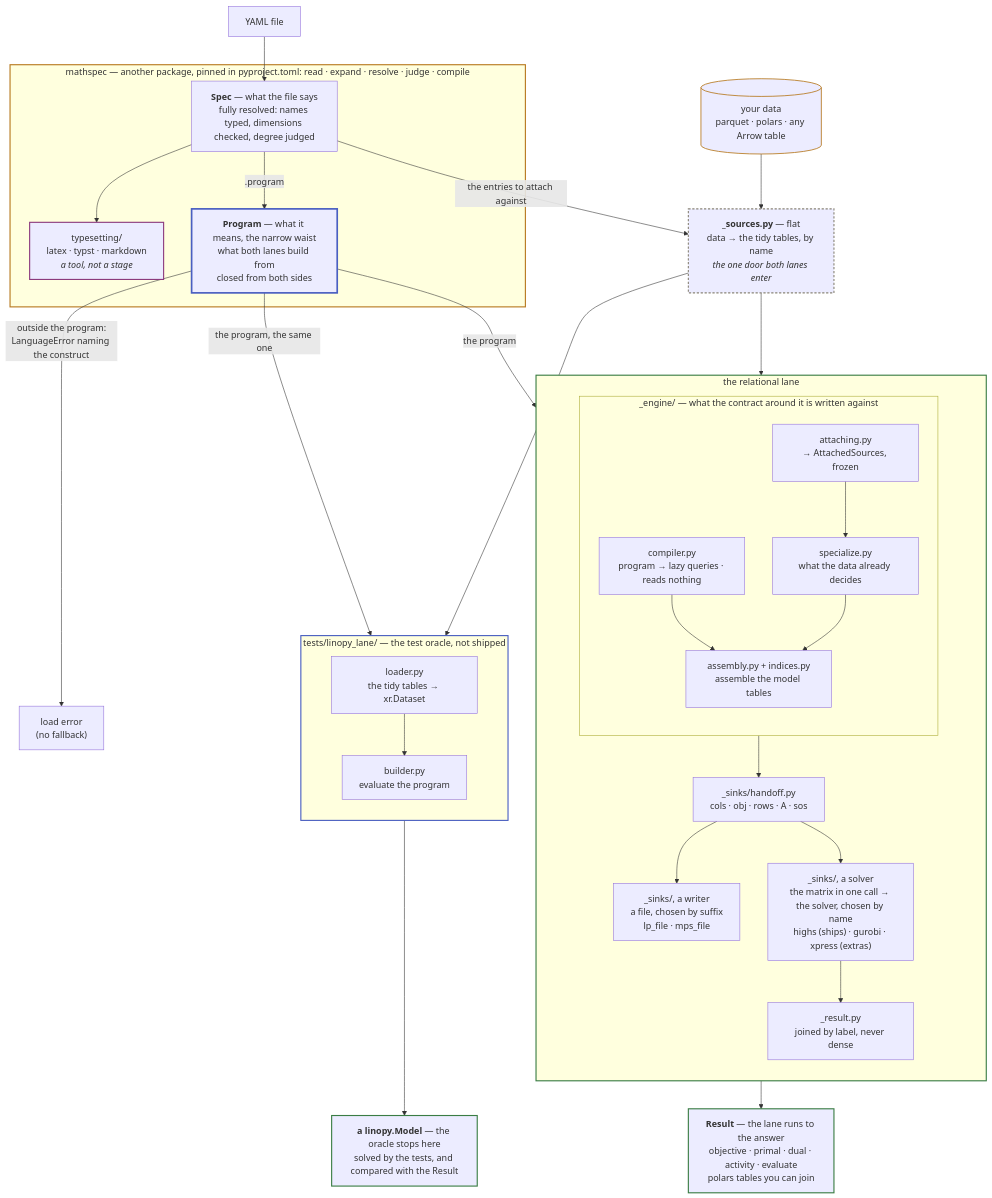
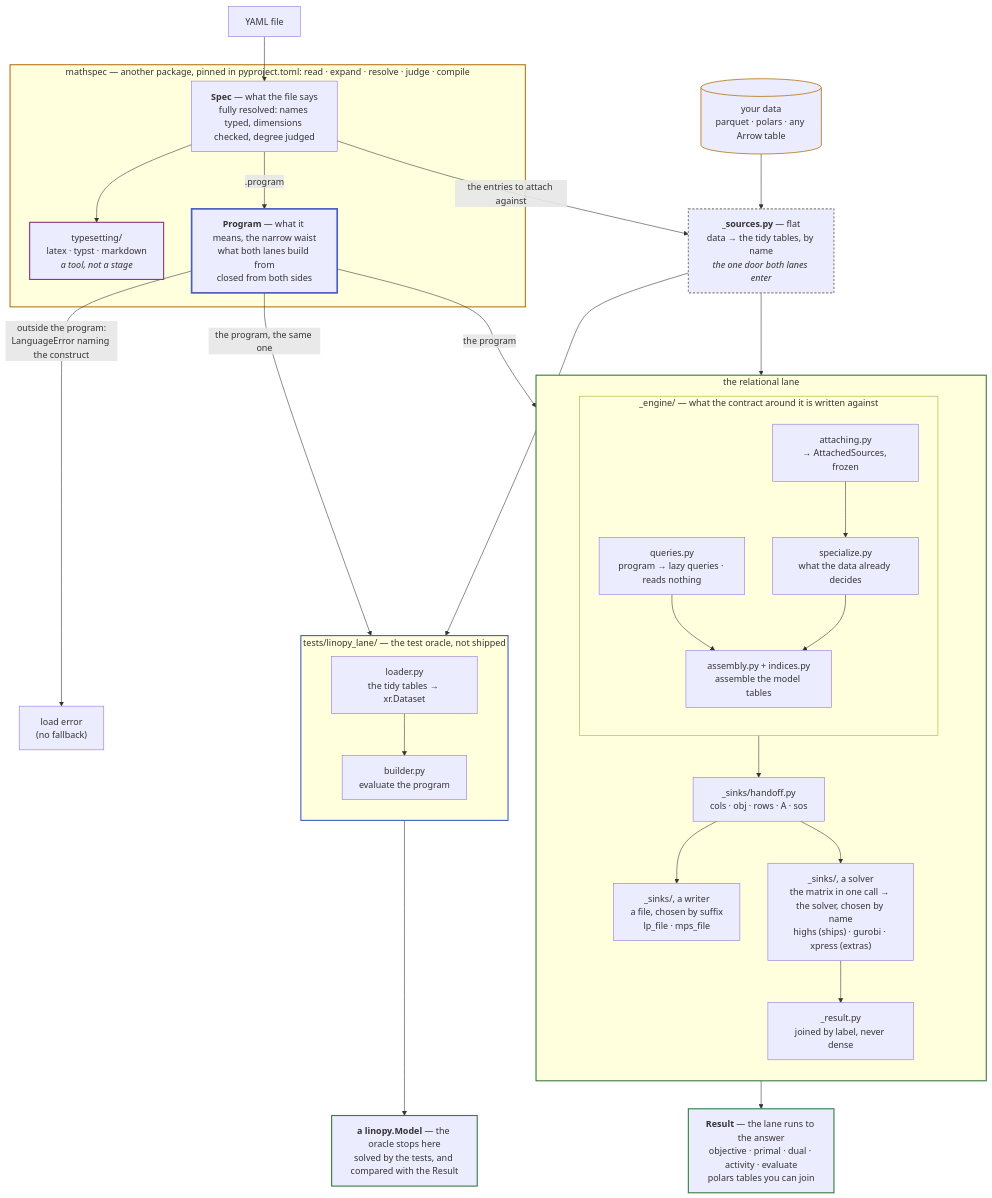
The diagram in docs/development/architecture.md (fluxopt/specsolve), drawn with Mermaid before and after one commit. The commit also changed other lines of this file and 21 other files, not shown here.

First line of the commit message:
chore(engine): the engine builds an expression's queries, and only a spec is compiled

````diff
--- a/docs/development/architecture.md
+++ b/docs/development/architecture.md
@@ -19,60 +19,60 @@
 ```mermaid
 flowchart TB
     Y[YAML file] --> SPEC
     DATA[("your data<br/>parquet · polars · any Arrow table")] --> SRC
 
     subgraph MS["mathspec — another package, pinned in pyproject.toml: read · expand · resolve · judge · compile"]
         SPEC["<b>Spec</b> — what the file says<br/>fully resolved: names typed, dimensions checked, degree judged"]
         SPEC --> TS["typesetting/<br/>latex · typst · markdown<br/><i>a tool, not a stage</i>"]
         SPEC -->|".program"| PLAN["<b>Program</b> — what it means, the narrow waist<br/>what both lanes build from<br/>closed from both sides"]
     end
 
     SPEC -->|"the entries to attach against"| SRC
     SRC["<b>_sources.py</b> — flat<br/>data → the tidy tables, by name<br/><i>the one door both lanes enter</i>"]
 
     PLAN -->|"outside the program:<br/>LanguageError naming the construct"| ERR["load error<br/>(no fallback)"]
-    PLAN -->|"the program"| COMP
+    PLAN -->|"the program"| QUERIES
     SRC --> ATTACH
     PLAN -->|"the program, the same one"| BUILD
     SRC --> LOAD
 
     subgraph REL["the relational lane"]
         direction TB
         subgraph ENG["_engine/ — what the contract around it is written against"]
             direction TB
-            COMP["compiler.py<br/>program → lazy queries · reads nothing"] --> ENGINE
+            QUERIES["queries.py<br/>program → lazy queries · reads nothing"] --> ENGINE
             ATTACH["attaching.py<br/>→ AttachedSources, frozen"] --> SPECIALIZE["specialize.py<br/>what the data already decides"]
             SPECIALIZE --> ENGINE["assembly.py + indices.py<br/>assemble the model tables"]
         end
         ENG --> TABLES["_sinks/handoff.py<br/>cols · obj · rows · A · sos"]
         TABLES --> LPS["_sinks/, a writer<br/>a file, chosen by suffix<br/>lp_file · mps_file"]
         TABLES --> DIRECT["_sinks/, a solver<br/>the matrix in one call → the solver, chosen by name<br/>highs (ships) · gurobi · xpress (extras)"]
         DIRECT --> SOL["_result.py<br/>joined by label, never dense"]
     end
 
     SOL --> ANS["<b>Result</b> — the lane runs to the answer<br/>objective · primal · dual · activity · evaluate<br/>polars tables you can join"]
 
     subgraph LIN["tests/linopy_lane/ — the test oracle, not shipped"]
         direction TB
         LOAD["loader.py<br/>the tidy tables → xr.Dataset"] --> BUILD["builder.py<br/>evaluate the program"]
     end
 
     BUILD --> MODEL["<b>a linopy.Model</b> — the oracle stops here<br/>solved by the tests, and compared with the Result"]
 
     classDef laneL stroke:#b7791f,stroke-width:2px
     classDef laneR stroke:#3a7d44,stroke-width:2px
     classDef laneE stroke:#4a5fc1,stroke-width:2px
     classDef laneT stroke:#8b3a7d,stroke-width:2px
     classDef waist stroke:#4a5fc1,stroke-width:3px
     classDef flat stroke:#8a8578,stroke-width:2px,stroke-dasharray:4 3
     classDef data stroke:#b7791f,stroke-width:1.5px
     classDef out stroke:#3a7d44,stroke-width:2px
     class MS laneL
     class REL laneR
     class LIN laneE
     class TS laneT
     class PLAN waist
     class SRC flat
     class DATA data
     class ANS,MODEL out
 ```
````
